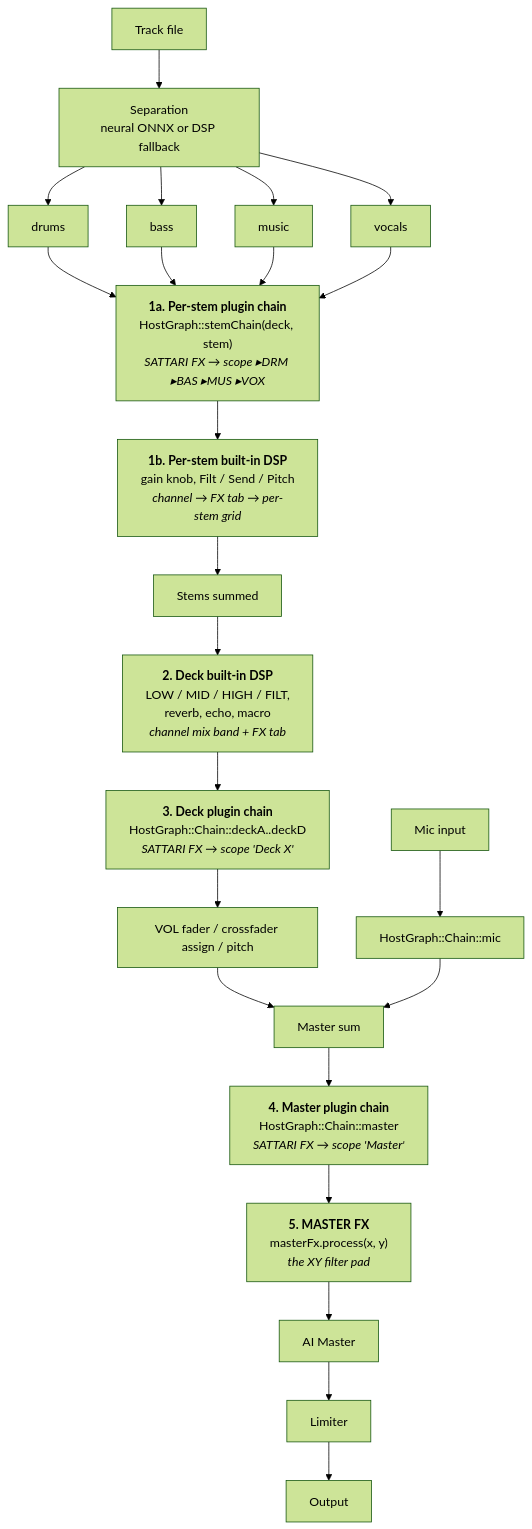
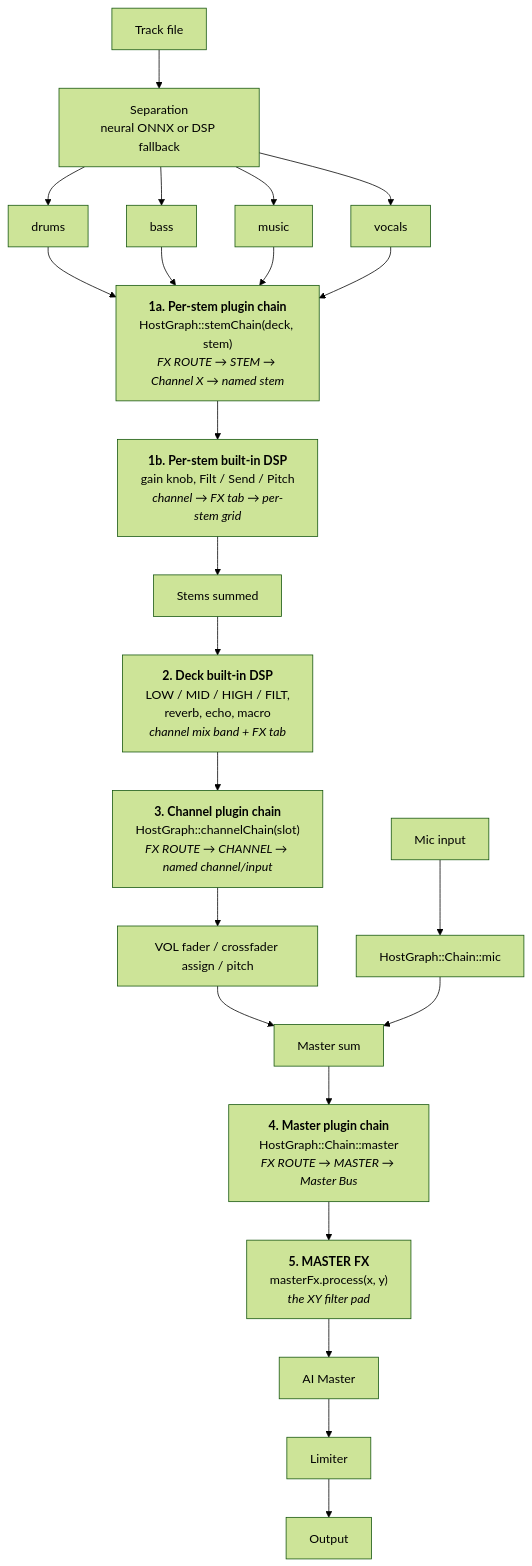
One commit to armonon/sattari-plugins-suite changed the diagram in docs/fx-signal-path.md. Above: the diagram before and after it, drawn with Mermaid (forest theme). The commit also changed other lines of this file and 74 other files, not shown here.

Commit message:
feat: overhaul StemDeck workflows and reliability

````diff
--- a/docs/fx-signal-path.md
+++ b/docs/fx-signal-path.md
@@ -15,23 +15,23 @@
 ```mermaid
 flowchart TD
     File[Track file] --> Sep[Separation<br/>neural ONNX or DSP fallback]
     Sep --> S1[drums] & S2[bass] & S3[music] & S4[vocals]
 
-    S1 & S2 & S3 & S4 --> StemPlug["<b>1a. Per-stem plugin chain</b><br/>HostGraph::stemChain(deck, stem)<br/><i>SATTARI FX → scope ▸DRM ▸BAS ▸MUS ▸VOX</i>"]
+    S1 & S2 & S3 & S4 --> StemPlug["<b>1a. Per-stem plugin chain</b><br/>HostGraph::stemChain(deck, stem)<br/><i>FX ROUTE → STEM → Channel X → named stem</i>"]
 
     StemPlug --> StemDsp["<b>1b. Per-stem built-in DSP</b><br/>gain knob, Filt / Send / Pitch<br/><i>channel → FX tab → per-stem grid</i>"]
 
     StemDsp --> Sum[Stems summed]
     Sum --> DeckDsp["<b>2. Deck built-in DSP</b><br/>LOW / MID / HIGH / FILT,<br/>reverb, echo, macro<br/><i>channel mix band + FX tab</i>"]
 
-    DeckDsp --> DeckPlug["<b>3. Deck plugin chain</b><br/>HostGraph::Chain::deckA..deckD<br/><i>SATTARI FX → scope 'Deck X'</i>"]
+    DeckDsp --> DeckPlug["<b>3. Channel plugin chain</b><br/>HostGraph::channelChain(slot)<br/><i>FX ROUTE → CHANNEL → named channel/input</i>"]
 
     DeckPlug --> Fader[VOL fader / crossfader assign / pitch]
     Fader --> MasterSum[Master sum]
 
     Mic[Mic input] --> MicPlug["HostGraph::Chain::mic"] --> MasterSum
 
-    MasterSum --> MasterPlug["<b>4. Master plugin chain</b><br/>HostGraph::Chain::master<br/><i>SATTARI FX → scope 'Master'</i>"]
+    MasterSum --> MasterPlug["<b>4. Master plugin chain</b><br/>HostGraph::Chain::master<br/><i>FX ROUTE → MASTER → Master Bus</i>"]
     MasterPlug --> MasterXY["<b>5. MASTER FX</b><br/>masterFx.process(x, y)<br/><i>the XY filter pad</i>"]
     MasterXY --> Smart[AI Master] --> Lim[Limiter] --> Out[Output]
 ```
````
